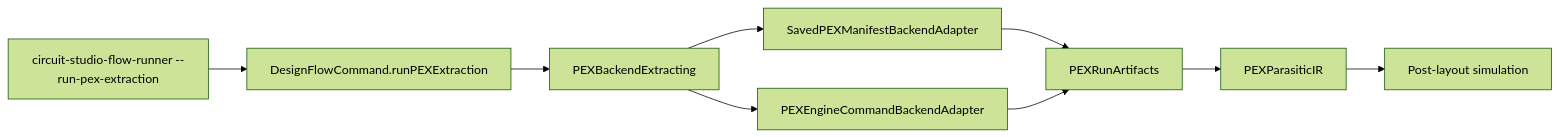
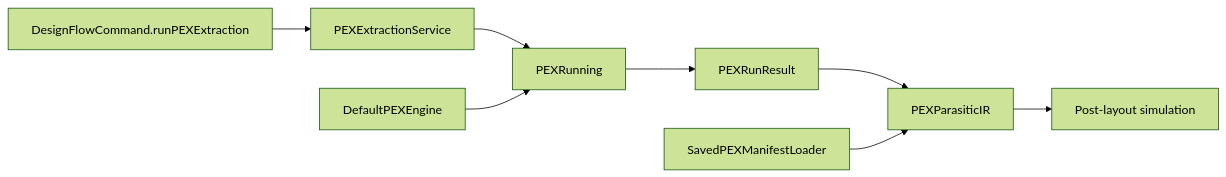
One commit to 1amageek/circuit-studio changed the diagram in docs/pex-backends.md. Above: the diagram before and after it, drawn with Mermaid (forest theme). The commit also changed other lines of this file and 40 other files, not shown here.

Commit message:
Remove PEX and signoff adapter layers

````diff
--- a/docs/pex-backends.md
+++ b/docs/pex-backends.md
@@ -5,17 +7,16 @@
 ```mermaid
 flowchart LR
   Command["DesignFlowCommand.runPEXExtraction"]
-  CLI["circuit-studio-flow-runner --run-pex-extraction"]
-  Adapter["PEXBackendExtracting"]
-  Saved["SavedPEXManifestBackendAdapter"]
-  Engine["PEXEngineCommandBackendAdapter"]
-  Artifacts["PEXRunArtifacts"]
-  IR["PEXParasiticIR"]
+  Service["PEXExtractionService"]
+  Protocol["PEXRunning"]
+  Engine["DefaultPEXEngine"]
+  Result["PEXRunResult"]
+  StudioIR["PEXParasiticIR"]
   Post["Post-layout simulation"]
+  Saved["SavedPEXManifestLoader"]
 
-  CLI --> Command
-  Command --> Adapter
-  Adapter --> Saved --> Artifacts
-  Adapter --> Engine --> Artifacts
-  Artifacts --> IR --> Post
+  Command --> Service --> Protocol
+  Engine --> Protocol
+  Protocol --> Result --> StudioIR --> Post
+  Saved --> StudioIR
 ```
````
